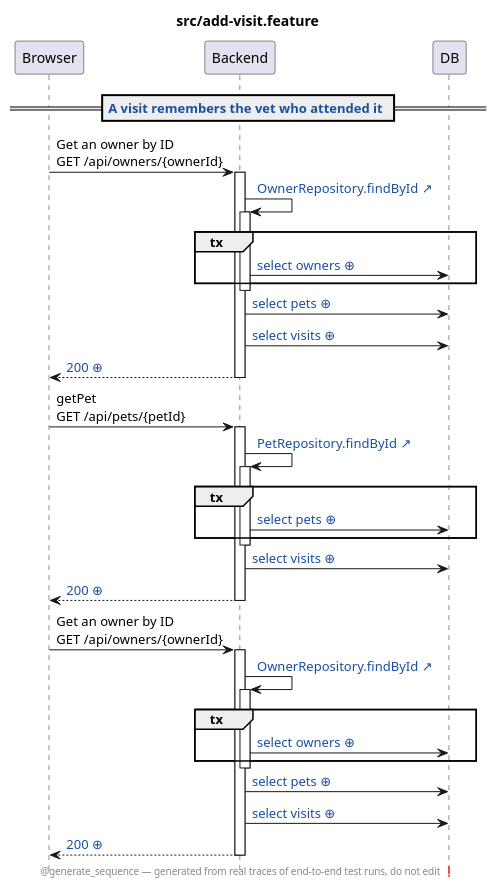
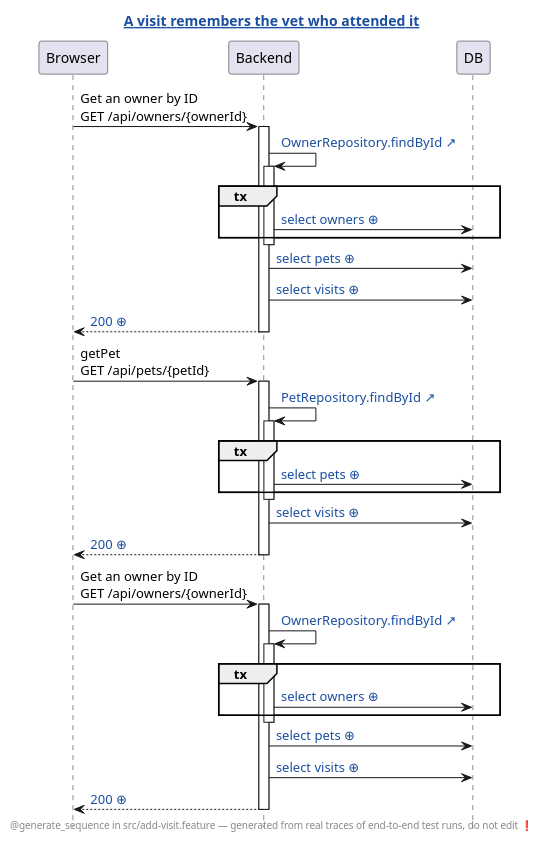
Before and after one commit to victorrentea/petclinic: the diagram in petclinic-test/src/add-visit.feature.a-visit-remembers-the-vet-who-attended-it.genseq.puml, drawn with PlantUML. The commit also changed 14 other files, not shown here.

First line of the commit message:
genseq: the scenario names the picture, and @GenerateSequence marks one test

```diff
--- a/petclinic-test/src/add-visit.feature.a-visit-remembers-the-vet-who-attended-it.genseq.puml
+++ b/petclinic-test/src/add-visit.feature.a-visit-remembers-the-vet-who-attended-it.genseq.puml
@@ -1,47 +1,46 @@
 @startuml
 ' ⚠️  GENERATED FILE — DO NOT EDIT. Every edit is lost on the next run.
 hide footbox
 skinparam hyperlinkUnderline false
 skinparam hyperlinkColor #1A4FA0
-title src/add-visit.feature
-footer @generate_sequence — generated from real traces of end-to-end test runs, do not edit ❗
+title [[src://petclinic-test/src/add-visit.feature:16{Click to open the test} A visit remembers the vet who attended it]]
+footer @generate_sequence in src/add-visit.feature — generated from real traces of end-to-end test runs, do not edit ❗
 participant Browser
 participant Backend
 participant DB
-== [[src://petclinic-test/src/add-visit.feature:16{Click to open the test} A visit remembers the vet who attended it]] ==
 Browser -> Backend: Get an owner by ID\nGET /api/owners/{ownerId}
 activate Backend
 Backend -> Backend: [[src://petclinic-backend/src/main/java/victor/training/petclinic/repository/OwnerRepository.java:14{Click to open OwnerRepository.findById} OwnerRepository.findById ↗]]
 activate Backend
 group tx
 Backend -> DB: [[genseq://0x8aana{Click for the statement behind this call} select owners ⊕]]
 end
 deactivate Backend
 Backend -> DB: [[genseq://18567ho{Click for the statement behind this call} select pets ⊕]]
 Backend -> DB: [[genseq://13apewa{Click for the statement behind this call} select visits ⊕]]
 Backend --> Browser: [[genseq://13cdpck{Click for this call’s JSON body} 200 ⊕]]
 deactivate Backend
 Browser -> Backend: getPet\nGET /api/pets/{petId}
 activate Backend
 Backend -> Backend: [[src://petclinic-backend/src/main/java/victor/training/petclinic/repository/PetRepository.java:16{Click to open PetRepository.findById} PetRepository.findById ↗]]
 activate Backend
 group tx
 Backend -> DB: [[genseq://0y7w2ps{Click for the statement behind this call} select pets ⊕]]
 end
 deactivate Backend
 Backend -> DB: [[genseq://13apewa{Click for the statement behind this call} select visits ⊕]]
 Backend --> Browser: [[genseq://106exvu{Click for this call’s JSON body} 200 ⊕]]
 deactivate Backend
 Browser -> Backend: Get an owner by ID\nGET /api/owners/{ownerId}
 activate Backend
 Backend -> Backend: [[src://petclinic-backend/src/main/java/victor/training/petclinic/repository/OwnerRepository.java:14{Click to open OwnerRepository.findById} OwnerRepository.findById ↗]]
 activate Backend
 group tx
 Backend -> DB: [[genseq://0x8aana{Click for the statement behind this call} select owners ⊕]]
 end
 deactivate Backend
 Backend -> DB: [[genseq://18567ho{Click for the statement behind this call} select pets ⊕]]
 Backend -> DB: [[genseq://13apewa{Click for the statement behind this call} select visits ⊕]]
 Backend --> Browser: [[genseq://13cdpck{Click for this call’s JSON body} 200 ⊕]]
 deactivate Backend
 @enduml
```
